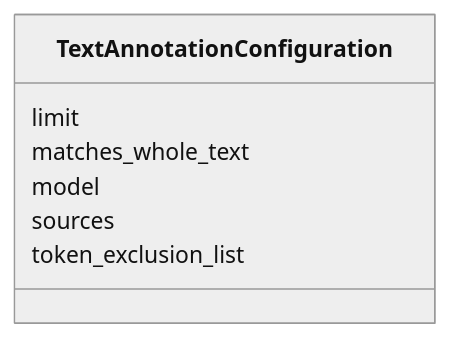
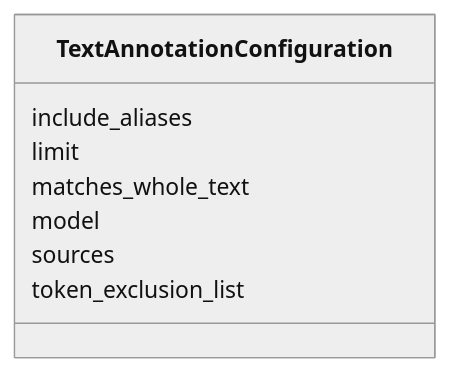
One commit to INCATools/ontology-access-kit changed the diagram in text-annotator/TextAnnotationConfiguration.md. Above: the diagram before and after it, drawn with Mermaid (neutral theme). The commit also changed other lines of this file and 73 other files, not shown here.

````diff
--- a/text-annotator/TextAnnotationConfiguration.md
+++ b/text-annotator/TextAnnotationConfiguration.md
@@ -10,10 +10,11 @@
 ```{mermaid}
  classDiagram
     class TextAnnotationConfiguration
+      TextAnnotationConfiguration : include_aliases
       TextAnnotationConfiguration : limit
       TextAnnotationConfiguration : matches_whole_text
       TextAnnotationConfiguration : model
       TextAnnotationConfiguration : sources
       TextAnnotationConfiguration : token_exclusion_list
       
 ```
````
